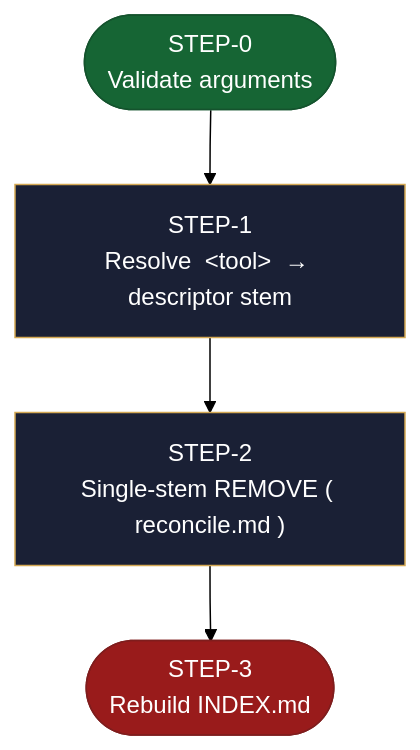
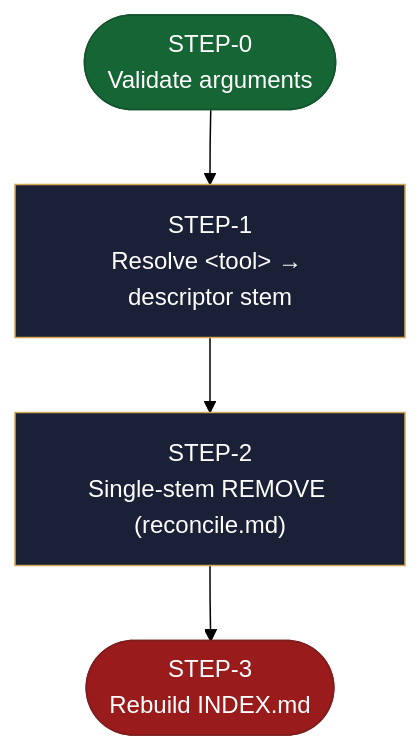
The diagram in site/src/content/docs/skills/aid-unset-connector.md (AndreVianna/aid-methodology), drawn with Mermaid (forest theme) before and after one commit. The commit also changed 7 other files, not shown here.

````diff
--- a/site/src/content/docs/skills/aid-unset-connector.md
+++ b/site/src/content/docs/skills/aid-unset-connector.md
@@ -22,24 +22,24 @@
 ```mermaid
 flowchart TB
   classDef aidNode color:#fff
   classDef aidEntry fill:#166534,stroke:#14532d,color:#fff
   classDef aidExit fill:#991b1b,stroke:#7f1d1d,color:#fff
   classDef aidDecision fill:#92400e,stroke:#78350f,color:#fff
   classDef aidLoopBack fill:#1e3a8a,stroke:#1e3a8a,color:#fff
   classDef aidStep fill:#1a2035,stroke:#d4a853,color:#f1f5f9
   n1(["STEP-0<br/>Validate arguments"])
-  n2["STEP-1<br/>Resolve  &lt;tool&gt;  → descriptor stem"]
-  n3["STEP-2<br/>Single-stem REMOVE ( reconcile.md )"]
-  n4(["STEP-3<br/>Rebuild  INDEX.md "])
+  n2["STEP-1<br/>Resolve &lt;tool&gt; → descriptor stem"]
+  n3["STEP-2<br/>Single-stem REMOVE (reconcile.md)"]
+  n4(["STEP-3<br/>Rebuild INDEX.md"])
   n1 --> n2
   n2 --> n3
   n3 --> n4
   class n1 aidEntry
   class n2 aidStep
   class n3 aidStep
   class n4 aidExit
   class n1 aidNode
   class n2 aidNode
   class n3 aidNode
   class n4 aidNode
 ```
````
